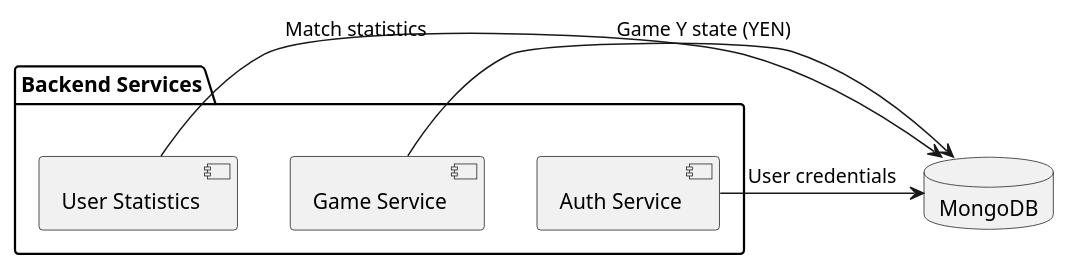
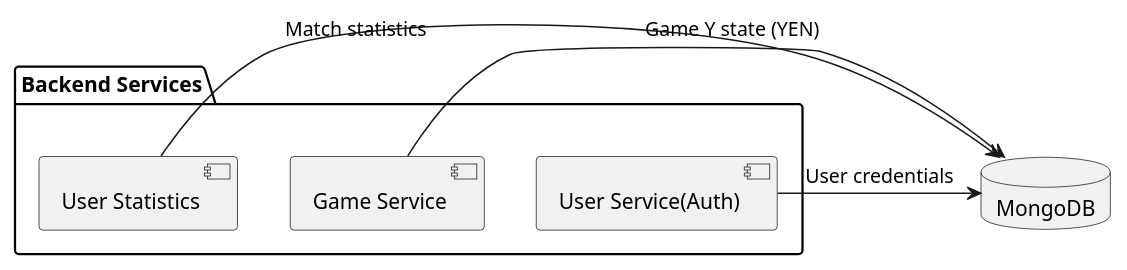
Before and after one commit to Arquisoft/yovi_en1c: the second of 3 diagrams in docs/src/05_building_block_view.adoc, drawn with PlantUML. The commit also changed other lines of this file, not shown here.

```diff
--- a/docs/src/05_building_block_view.adoc
+++ b/docs/src/05_building_block_view.adoc
@@ -73,13 +73,13 @@
 [plantuml, "level-2-diagram", svg]
 ----
 package "Backend Services" {
-    component [Auth Service] as auth
+    component [User Service(Auth)] as auth
     component [Game Service] as game
     component [User Statistics] as stats
 }
 database "MongoDB" as db
 
 auth -> db : User credentials
 game -> db : Game Y state (YEN)
 stats -> db : Match statistics
 ----
```
